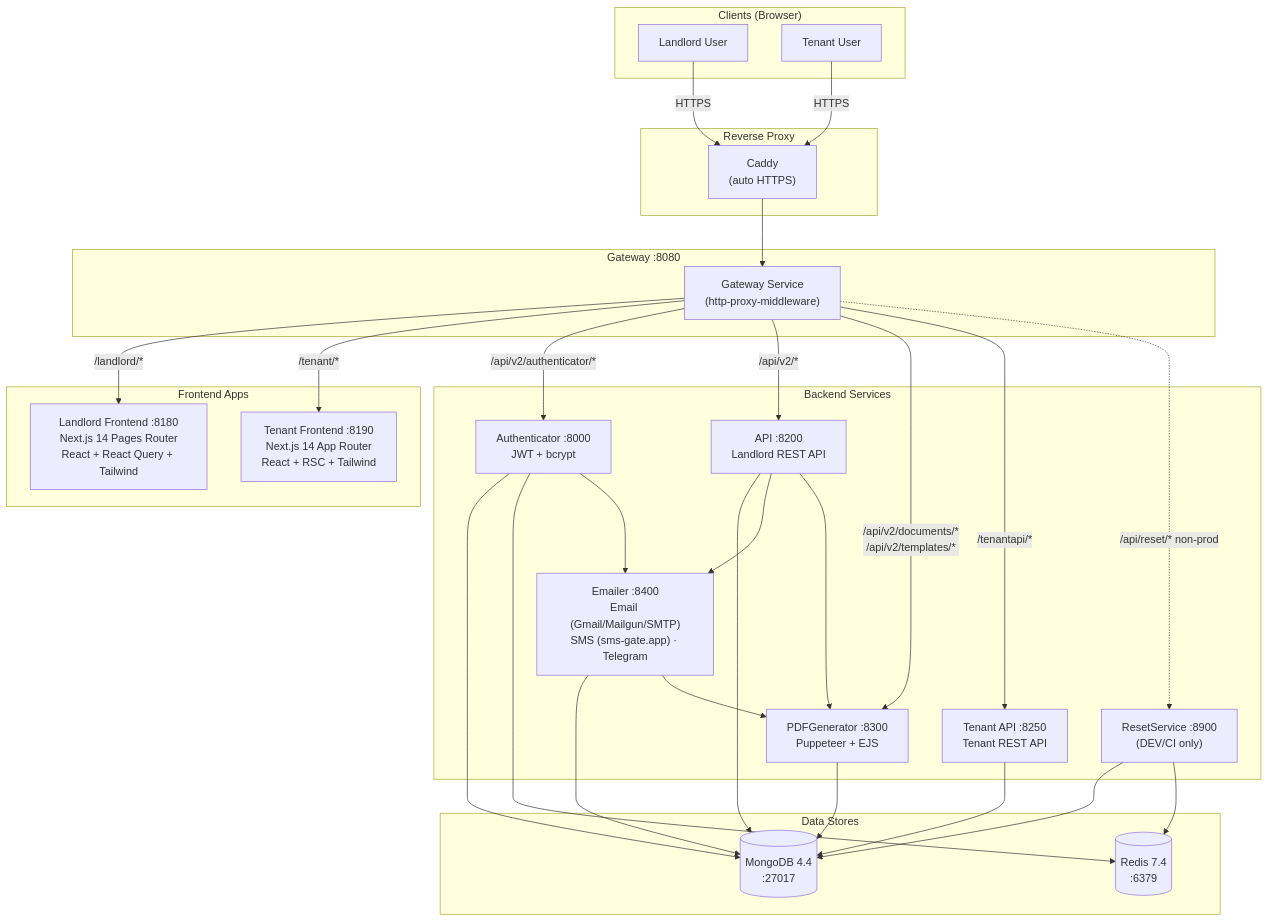
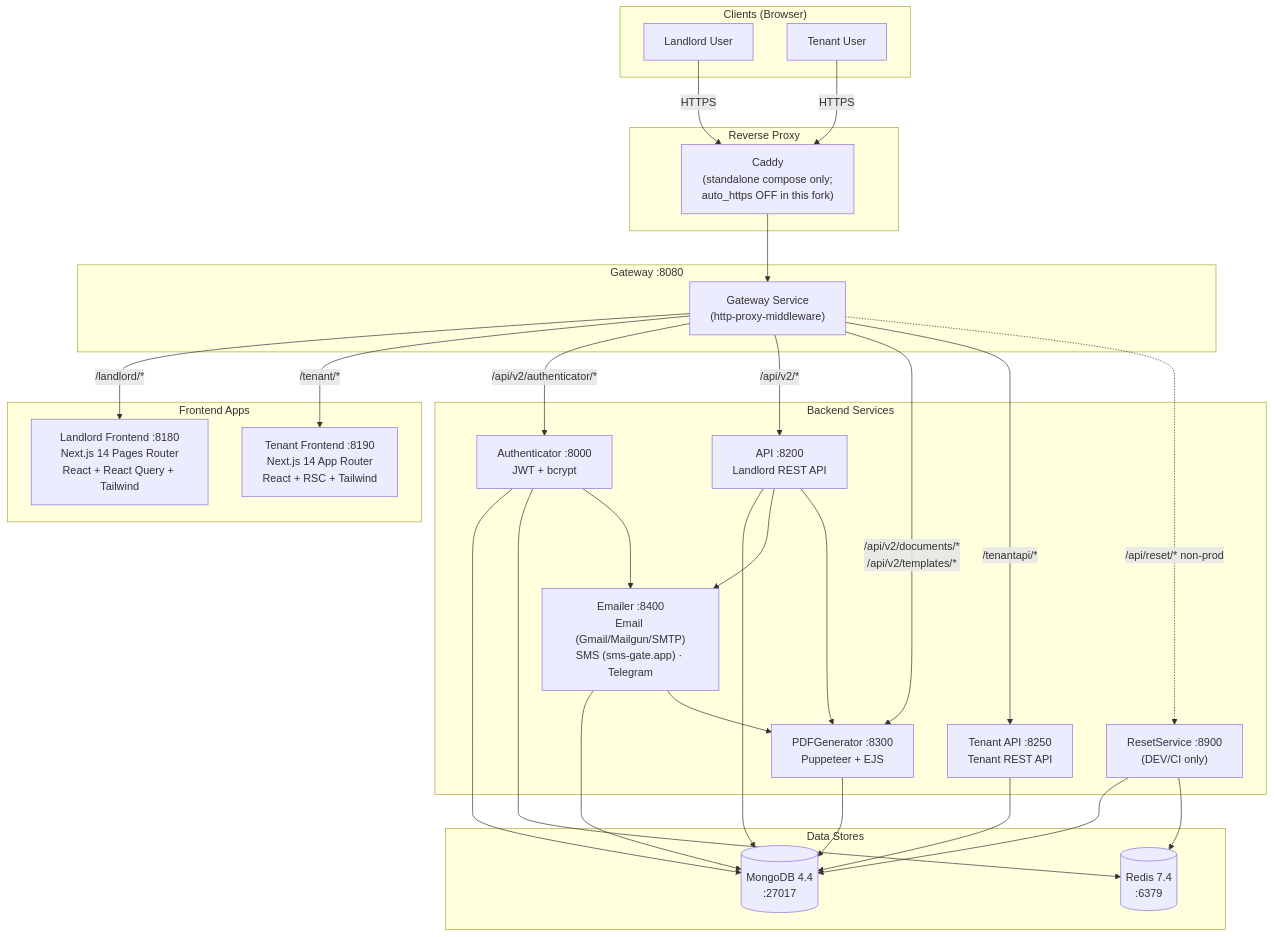
The first of 6 diagrams in .kiro/steering/architecture-diagrams.md (directorscut82/microrealestate), drawn with Mermaid before and after one commit. The commit also changed other lines of this file and 27 other files, not shown here.

````diff
--- a/.kiro/steering/architecture-diagrams.md
+++ b/.kiro/steering/architecture-diagrams.md
@@ -9,59 +9,59 @@
 ```mermaid
 graph TB
     subgraph Clients["Clients (Browser)"]
         Landlord["Landlord User"]
         TenantUser["Tenant User"]
     end
 
     subgraph ReverseProxy["Reverse Proxy"]
-        Caddy["Caddy<br/>(auto HTTPS)"]
+        Caddy["Caddy<br/>(standalone compose only;<br/>auto_https OFF in this fork)"]
     end
 
     subgraph Gateway["Gateway :8080"]
         GW["Gateway Service<br/>(http-proxy-middleware)"]
     end
 
     subgraph Frontends["Frontend Apps"]
         LF["Landlord Frontend :8180<br/>Next.js 14 Pages Router<br/>React + React Query + Tailwind"]
         TF["Tenant Frontend :8190<br/>Next.js 14 App Router<br/>React + RSC + Tailwind"]
     end
 
     subgraph BackendServices["Backend Services"]
         AUTH["Authenticator :8000<br/>JWT + bcrypt"]
         API["API :8200<br/>Landlord REST API"]
         TAPI["Tenant API :8250<br/>Tenant REST API"]
         EMAIL["Emailer :8400<br/>Email (Gmail/Mailgun/SMTP)<br/>SMS (sms-gate.app) · Telegram"]
         PDF["PDFGenerator :8300<br/>Puppeteer + EJS"]
         RESET["ResetService :8900<br/>(DEV/CI only)"]
     end
 
     subgraph DataStores["Data Stores"]
         MONGO[("MongoDB 4.4<br/>:27017")]
         REDIS[("Redis 7.4<br/>:6379")]
     end
 
     Landlord -->|HTTPS| Caddy
     TenantUser -->|HTTPS| Caddy
     Caddy --> GW
 
     GW -->|/landlord/*| LF
     GW -->|/tenant/*| TF
     GW -->|/api/v2/authenticator/*| AUTH
     GW -->|/api/v2/*| API
     GW -->|/api/v2/documents/*<br/>/api/v2/templates/*| PDF
     GW -->|/tenantapi/*| TAPI
     GW -.->|/api/reset/* non-prod| RESET
 
     AUTH --> MONGO
     AUTH --> REDIS
     AUTH --> EMAIL
     API --> MONGO
     API --> EMAIL
     API --> PDF
     TAPI --> MONGO
     EMAIL --> MONGO
     EMAIL --> PDF
     PDF --> MONGO
     RESET --> MONGO
     RESET --> REDIS
 ```
````
